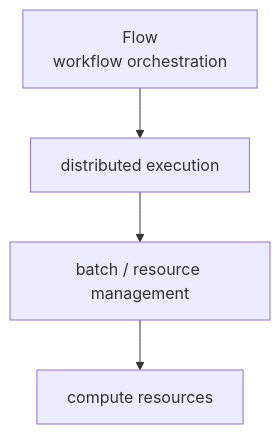
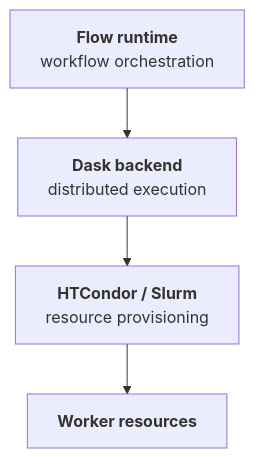
The fifth of 5 diagrams in docs/execution/environments.md (FAST-HEP/fasthep-flow), drawn with Mermaid before and after one commit. The commit also changed other lines of this file and 7 other files, not shown here.

````diff
--- a/docs/execution/environments.md
+++ b/docs/execution/environments.md
@@ -450,9 +454,9 @@
 ```{mermaid}
 flowchart TD
-    Flow["Flow<br/>workflow orchestration"]
-    Dask["distributed execution"]
-    Batch["batch / resource management"]
-    Workers["compute resources"]
+    Flow["<b>Flow runtime</b><br/>workflow orchestration"]:::runtime
+    Dask["<b>Dask backend</b><br/>distributed execution"]:::capability
+    Batch["<b>HTCondor / Slurm</b><br/>resource provisioning"]:::capability
+    Workers["<b>Worker resources</b>"]:::capability
 
     Flow --> Dask --> Batch --> Workers
 ```
````
